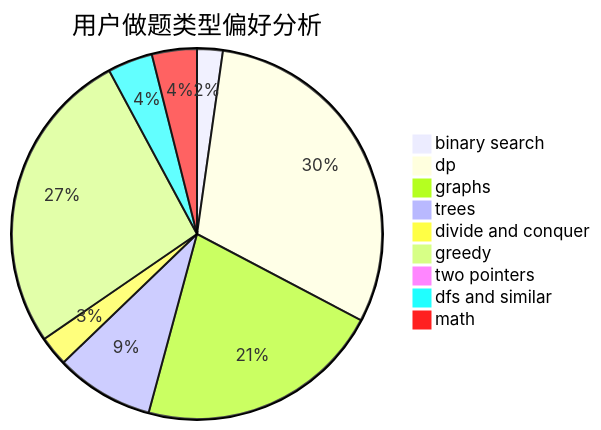
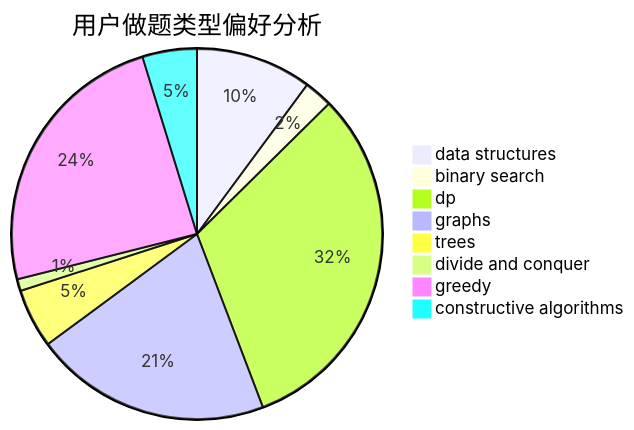
One commit to sherpahu/cfrs.github.io changed the second of 3 diagrams in docs/user/u1618.md. Above: the diagram before and after it, drawn with Mermaid. The commit also changed other lines of this file and 2775 other files, not shown here.

````diff
--- a/docs/user/u1618.md
+++ b/docs/user/u1618.md
@@ -23,12 +23,11 @@
 ```mermaid
 pie title 用户做题类型偏好分析
+    "data structures" :  49
     "binary search" :  12
-    "dp" :  163
-    "graphs" :  115
-    "trees" :  46
-    "divide and conquer" :  14
-    "greedy" :  143
-    "two pointers" :  1
-    "dfs and similar" :  21
-    "math" :  21
+    "dp" :  153
+    "graphs" :  100
+    "trees" :  25
+    "divide and conquer" :  5
+    "greedy" :  117
+    "constructive algorithms" :  23
 ```
````
